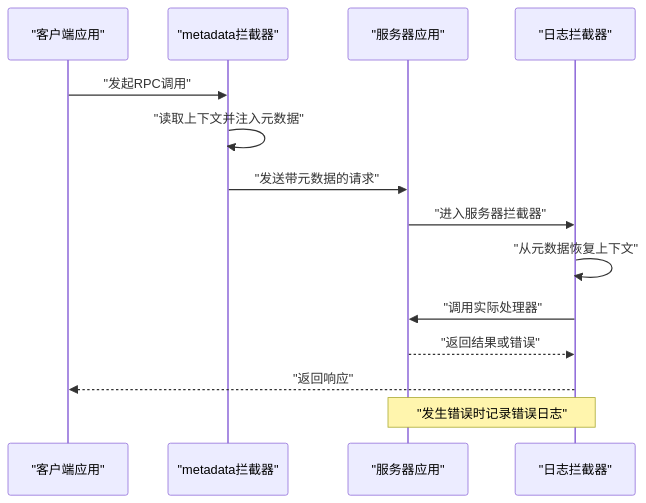
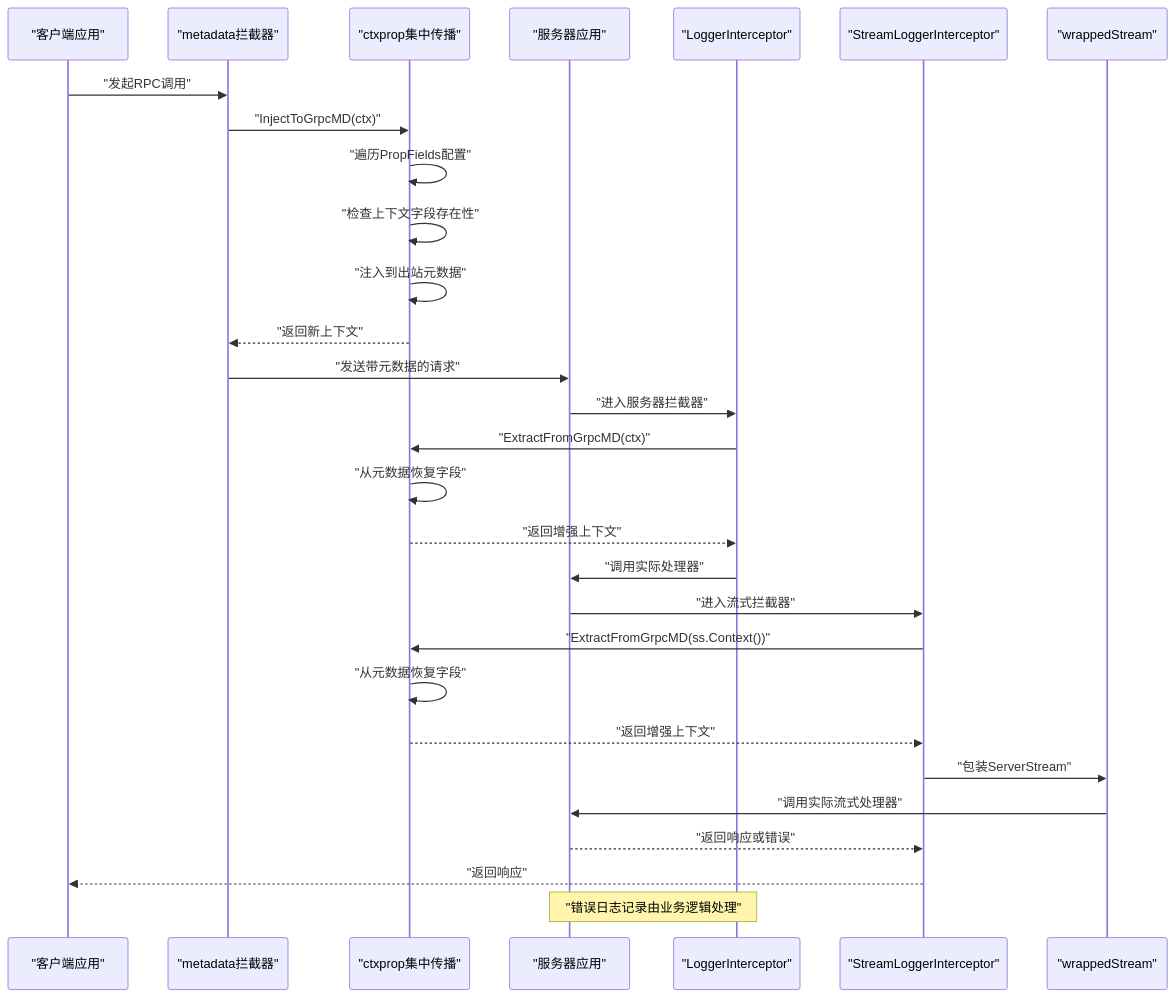
One commit to maomao94/zero-service changed the second of 6 diagrams in .qoder/repowiki/zh/content/系统架构设计/服务通信机制/gRPC高性能RPC通信/gRPC拦截器实现.md. Above: the diagram before and after it, drawn with Mermaid. The commit also changed other lines of this file and 19 other files, not shown here.

````diff
--- a/.qoder/repowiki/zh/content/系统架构设计/服务通信机制/gRPC高性能RPC通信/gRPC拦截器实现.md
+++ b/.qoder/repowiki/zh/content/系统架构设计/服务通信机制/gRPC高性能RPC通信/gRPC拦截器实现.md
@@ -95,16 +121,31 @@
 ```mermaid
 sequenceDiagram
 participant Client as "客户端应用"
 participant Meta as "metadata拦截器"
+participant CtxProp as "ctxprop集中传播"
 participant Server as "服务器应用"
-participant LogI as "日志拦截器"
+participant LogI as "LoggerInterceptor"
+participant StreamI as "StreamLoggerInterceptor"
+participant WS as "wrappedStream"
 Client->>Meta : "发起RPC调用"
-Meta->>Meta : "读取上下文并注入元数据"
+Meta->>CtxProp : "InjectToGrpcMD(ctx)"
+CtxProp->>CtxProp : "遍历PropFields配置"
+CtxProp->>CtxProp : "检查上下文字段存在性"
+CtxProp->>CtxProp : "注入到出站元数据"
+CtxProp-->>Meta : "返回新上下文"
 Meta->>Server : "发送带元数据的请求"
 Server->>LogI : "进入服务器拦截器"
-LogI->>LogI : "从元数据恢复上下文"
+LogI->>CtxProp : "ExtractFromGrpcMD(ctx)"
+CtxProp->>CtxProp : "从元数据恢复字段"
+CtxProp-->>LogI : "返回增强上下文"
 LogI->>Server : "调用实际处理器"
-Server-->>LogI : "返回结果或错误"
-LogI-->>Client : "返回响应"
-Note over LogI,Server : "发生错误时记录错误日志"
+Server->>StreamI : "进入流式拦截器"
+StreamI->>CtxProp : "ExtractFromGrpcMD(ss.Context())"
+CtxProp->>CtxProp : "从元数据恢复字段"
+CtxProp-->>StreamI : "返回增强上下文"
+StreamI->>WS : "包装ServerStream"
+WS->>Server : "调用实际流式处理器"
+Server-->>StreamI : "返回响应或错误"
+StreamI-->>Client : "返回响应"
+Note over LogI,Server : "错误日志记录由业务逻辑处理"
 ```
````
